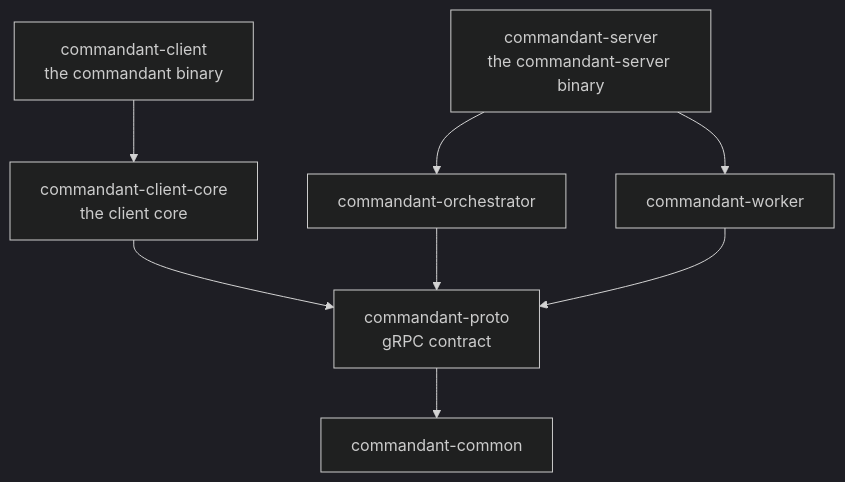
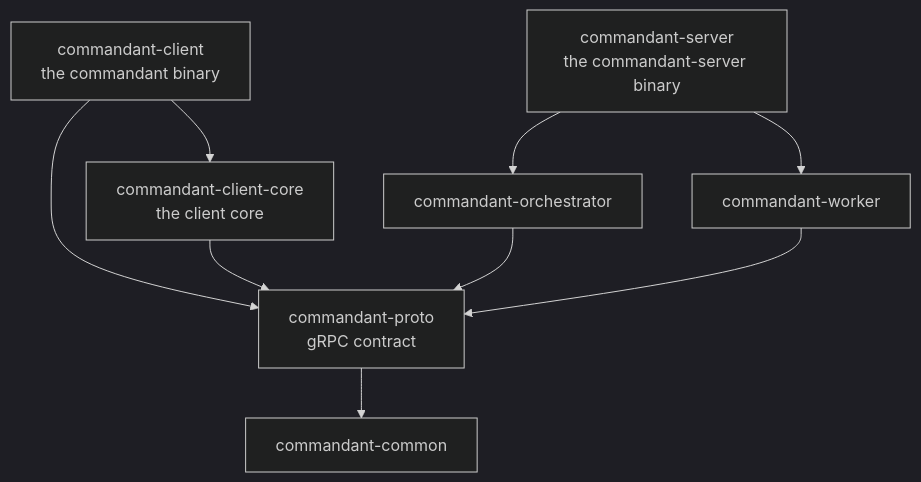
The diagram in docs/crates.md (EwenSellitto/Commandant), drawn with Mermaid (dark theme) before and after one commit. The commit also changed 19 other files, not shown here.

First line of the commit message:
fix: review findings on the client core

````diff
--- a/docs/crates.md
+++ b/docs/crates.md
@@ -7,16 +7,16 @@
 ```mermaid
 flowchart TD
     SERVER["commandant-server<br/>the commandant-server binary"]
     CLIENT["commandant-client<br/>the commandant binary"]
     CORE["commandant-client-core<br/>the client core"]
     ORCH["commandant-orchestrator"]
     WORK["commandant-worker"]
     PROTO["commandant-proto<br/>gRPC contract"]
     COMMON["commandant-common"]
     SERVER --> ORCH & WORK
-    CLIENT --> CORE
+    CLIENT --> CORE & PROTO
     CORE --> PROTO
     ORCH --> PROTO
     WORK --> PROTO
     PROTO --> COMMON
 ```
````
